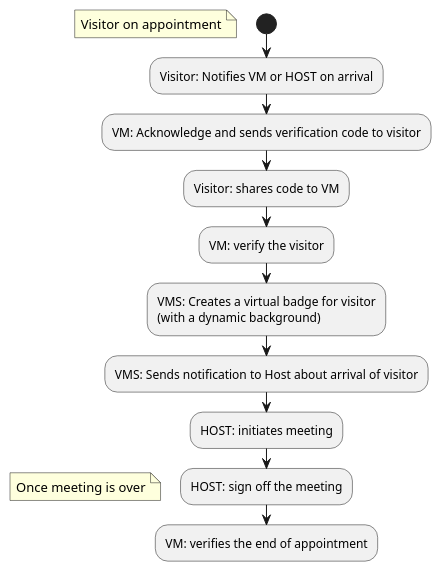
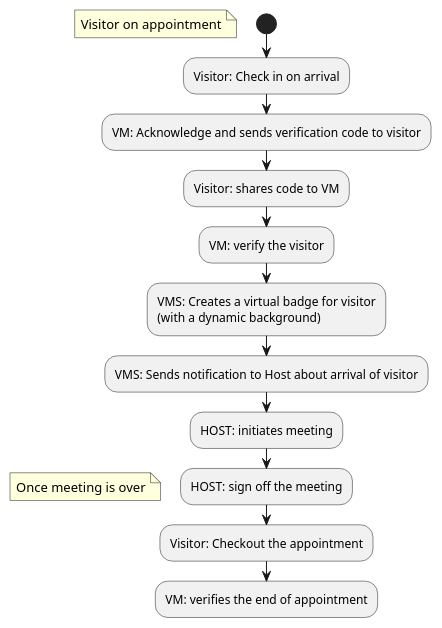
One commit to sandeeptharayilGit/VMS-diagrams changed the diagram in visitor on appointment.plantuml. Above: the diagram before and after it, drawn with PlantUML.

Commit message:
updates checkin checkout process

```diff
--- a/visitor on appointment.plantuml
+++ b/visitor on appointment.plantuml
@@ -2,15 +2,16 @@
 @startuml
 start
 floating note left: Visitor on appointment
-:Visitor: Notifies VM or HOST on arrival;
+:Visitor: Check in on arrival;
 :VM: Acknowledge and sends verification code to visitor;
 :Visitor: shares code to VM;
 :VM: verify the visitor;
 :VMS: Creates a virtual badge for visitor
 (with a dynamic background);
 :VMS: Sends notification to Host about arrival of visitor;
 :HOST: initiates meeting;
 :HOST: sign off the meeting;
 floating note left: Once meeting is over
+:Visitor: Checkout the appointment;
 :VM: verifies the end of appointment;
 @enduml
```
